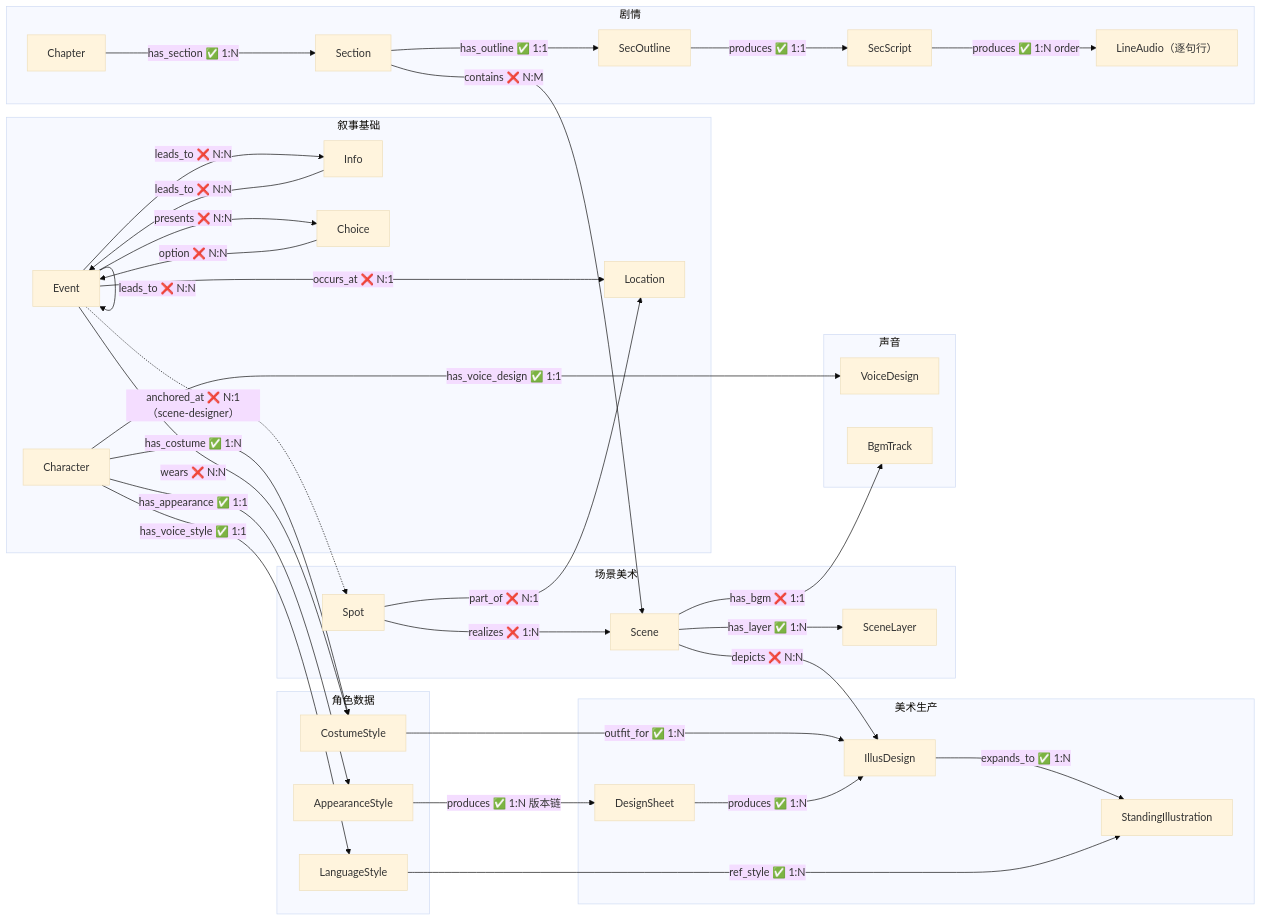
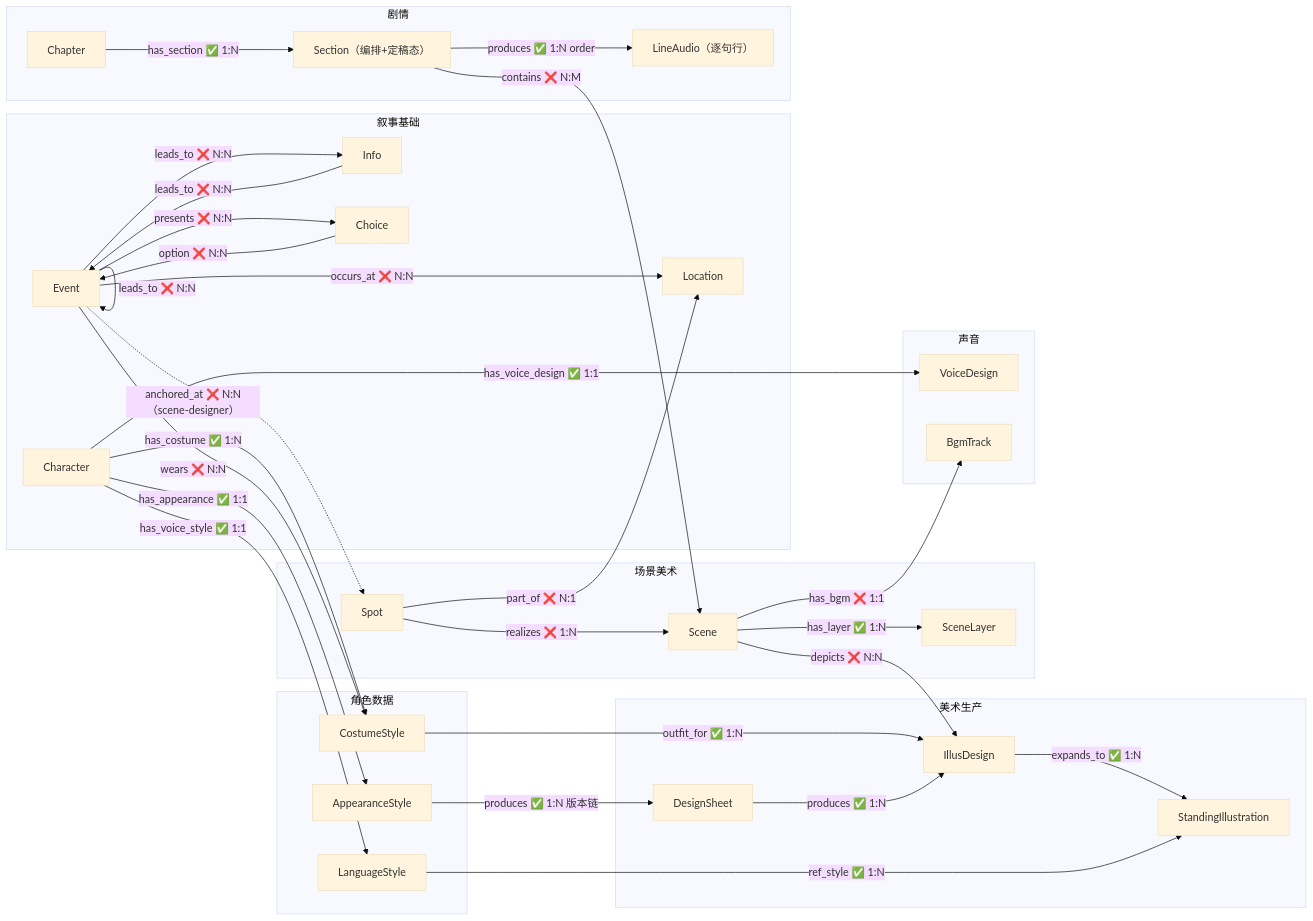
The diagram in 00_init/Schema总览.md (CrazyJinn/ProxyLove), drawn with Mermaid (base theme) before and after one commit. The commit also changed other lines of this file and 70 other files, not shown here.

````diff
--- a/00_init/Schema总览.md
+++ b/00_init/Schema总览.md
@@ -104,69 +100,65 @@
 ```mermaid
 flowchart LR
     subgraph 叙事["叙事基础"]
         Character["Character"]
         Event["Event"]
         Location["Location"]
         Info["Info"]
         Choice["Choice"]
     end
 
     subgraph 角色数据["角色数据"]
         Appearance["AppearanceStyle"]
         Costume["CostumeStyle"]
         Language["LanguageStyle"]
     end
 
     subgraph 美术生产["美术生产"]
         DesignSheet["DesignSheet"]
         IllusDesign["IllusDesign"]
         StandingIllus["StandingIllustration"]
     end
 
     subgraph 场景美术["场景美术"]
         Spot["Spot"]
         Scene["Scene"]
         SceneLayer["SceneLayer"]
     end
 
     subgraph 声音["声音"]
         Voice["VoiceDesign"]
         BgmTrack["BgmTrack"]
     end
 
     subgraph 剧情["剧情"]
         Chapter["Chapter"]
-        Section["Section"]
-        SecOutline["SecOutline"]
-        SecScript["SecScript"]
+        Section["Section（编排+定稿态）"]
         LineAudio["LineAudio（逐句行）"]
     end
 
     Character -->|"has_appearance ✅ 1:1"| Appearance
     Character -->|"has_costume ✅ 1:N"| Costume
     Character -->|"has_voice_style ✅ 1:1"| Language
     Character -->|"has_voice_design ✅ 1:1"| Voice
     Appearance -->|"produces ✅ 1:N 版本链"| DesignSheet
     Costume -->|"outfit_for ✅ 1:N"| IllusDesign
     DesignSheet -->|"produces ✅ 1:N"| IllusDesign
-    Event -->|"occurs_at ❌ N:1"| Location
-    Event -.->|"anchored_at ❌ N:1（scene-designer）"| Spot
+    Event -->|"occurs_at ❌ N:N"| Location
+    Event -.->|"anchored_at ❌ N:N（scene-designer）"| Spot
     Event -->|"wears ❌ N:N"| Costume
     Event -->|"leads_to ❌ N:N"| Event
     Event -->|"leads_to ❌ N:N"| Info
     Info -->|"leads_to ❌ N:N"| Event
     Event -->|"presents ❌ N:N"| Choice
     Choice -->|"option ❌ N:N"| Event
     IllusDesign -->|"expands_to ✅ 1:N"| StandingIllus
     Language -->|"ref_style ✅ 1:N"| StandingIllus
     Spot -->|"part_of ❌ N:1"| Location
     Spot -->|"realizes ❌ 1:N"| Scene
     Scene -->|"has_layer ✅ 1:N"| SceneLayer
     Chapter -->|"has_section ✅ 1:N"| Section
-    Section -->|"has_outline ✅ 1:1"| SecOutline
-    SecOutline -->|"produces ✅ 1:1"| SecScript
-    SecScript -->|"produces ✅ 1:N order"| LineAudio
+    Section -->|"produces ✅ 1:N order"| LineAudio
     Section -->|"contains ❌ N:M"| Scene
     Scene -->|"depicts ❌ N:N"| IllusDesign
     Scene -->|"has_bgm ❌ 1:1"| BgmTrack
 ```
````
